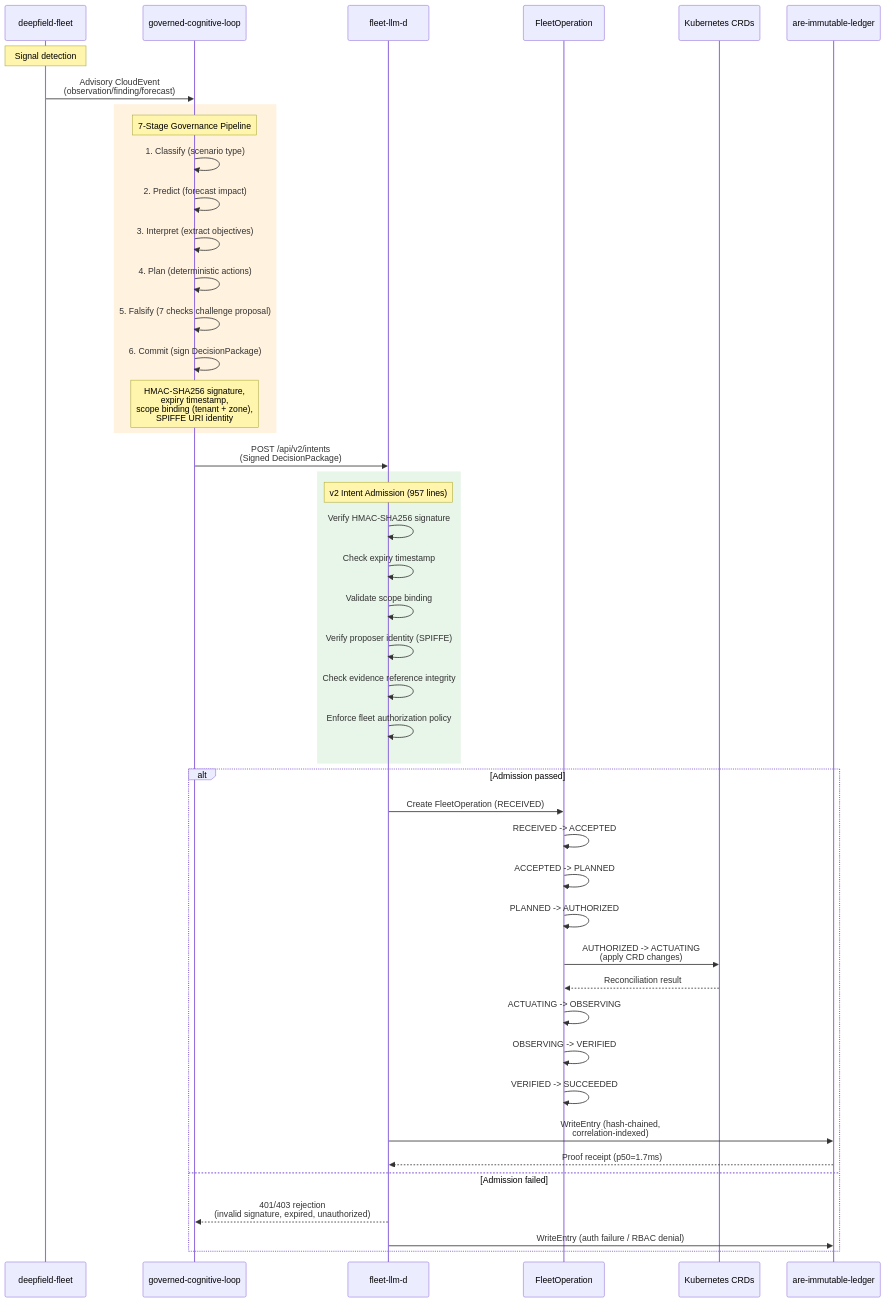
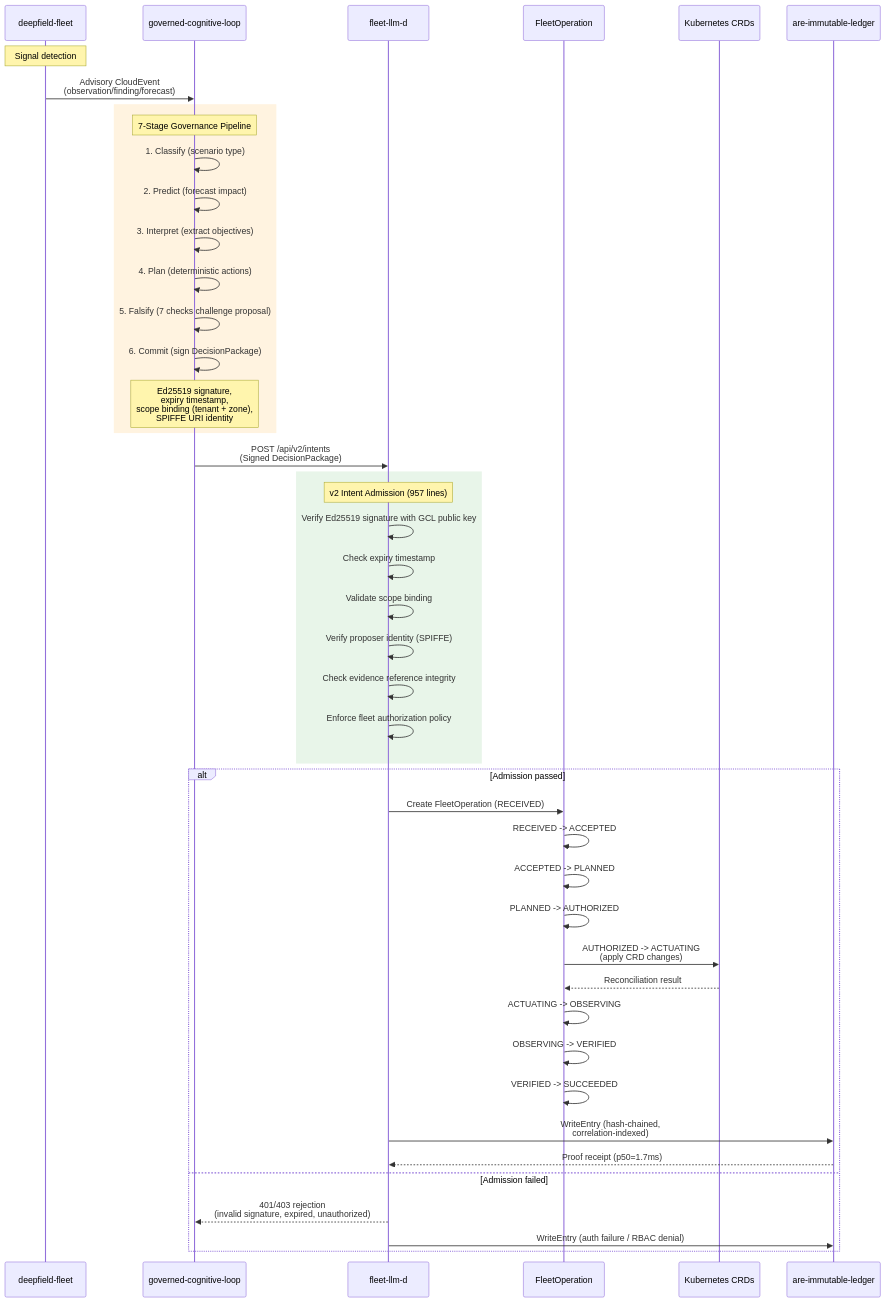
Before and after one commit to jkershawrh/fleet-llm-d: the third of 11 diagrams in docs/whitepaper/diagrams.md, drawn with Mermaid. The commit also changed other lines of this file and 25 other files, not shown here.

Commit message:
docs: align v0.3.0 architecture and release guidance

````diff
--- a/docs/whitepaper/diagrams.md
+++ b/docs/whitepaper/diagrams.md
@@ -123,52 +123,52 @@
 ```mermaid
 sequenceDiagram
     participant DF as deepfield-fleet
     participant GCL as governed-cognitive-loop
     participant FLEET as fleet-llm-d
     participant OPS as FleetOperation
     participant K8S as Kubernetes CRDs
     participant ARE as are-immutable-ledger
 
     Note over DF: Signal detection
     DF->>GCL: Advisory CloudEvent<br/>(observation/finding/forecast)
 
     rect rgb(255, 243, 224)
         Note over GCL: 7-Stage Governance Pipeline
         GCL->>GCL: 1. Classify (scenario type)
         GCL->>GCL: 2. Predict (forecast impact)
         GCL->>GCL: 3. Interpret (extract objectives)
         GCL->>GCL: 4. Plan (deterministic actions)
         GCL->>GCL: 5. Falsify (7 checks challenge proposal)
         GCL->>GCL: 6. Commit (sign DecisionPackage)
-        Note over GCL: HMAC-SHA256 signature,<br/>expiry timestamp,<br/>scope binding (tenant + zone),<br/>SPIFFE URI identity
+        Note over GCL: Ed25519 signature,<br/>expiry timestamp,<br/>scope binding (tenant + zone),<br/>SPIFFE URI identity
     end
 
     GCL->>FLEET: POST /api/v2/intents<br/>(Signed DecisionPackage)
 
     rect rgb(232, 245, 233)
         Note over FLEET: v2 Intent Admission (957 lines)
-        FLEET->>FLEET: Verify HMAC-SHA256 signature
+        FLEET->>FLEET: Verify Ed25519 signature with GCL public key
         FLEET->>FLEET: Check expiry timestamp
         FLEET->>FLEET: Validate scope binding
         FLEET->>FLEET: Verify proposer identity (SPIFFE)
         FLEET->>FLEET: Check evidence reference integrity
         FLEET->>FLEET: Enforce fleet authorization policy
     end
 
     alt Admission passed
         FLEET->>OPS: Create FleetOperation (RECEIVED)
         OPS->>OPS: RECEIVED -> ACCEPTED
         OPS->>OPS: ACCEPTED -> PLANNED
         OPS->>OPS: PLANNED -> AUTHORIZED
         OPS->>K8S: AUTHORIZED -> ACTUATING<br/>(apply CRD changes)
         K8S-->>OPS: Reconciliation result
         OPS->>OPS: ACTUATING -> OBSERVING
         OPS->>OPS: OBSERVING -> VERIFIED
         OPS->>OPS: VERIFIED -> SUCCEEDED
         FLEET->>ARE: WriteEntry (hash-chained,<br/>correlation-indexed)
         ARE-->>FLEET: Proof receipt (p50=1.7ms)
     else Admission failed
         FLEET-->>GCL: 401/403 rejection<br/>(invalid signature, expired, unauthorized)
         FLEET->>ARE: WriteEntry (auth failure / RBAC denial)
     end
 ```
````
